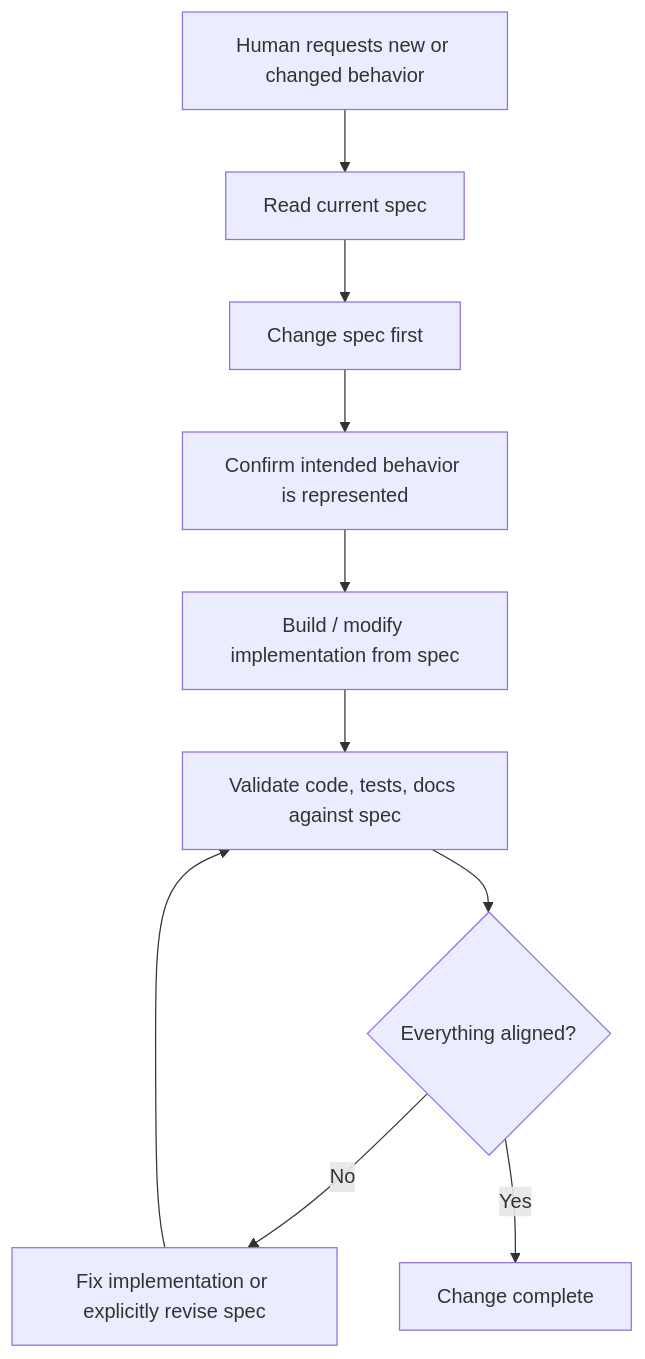
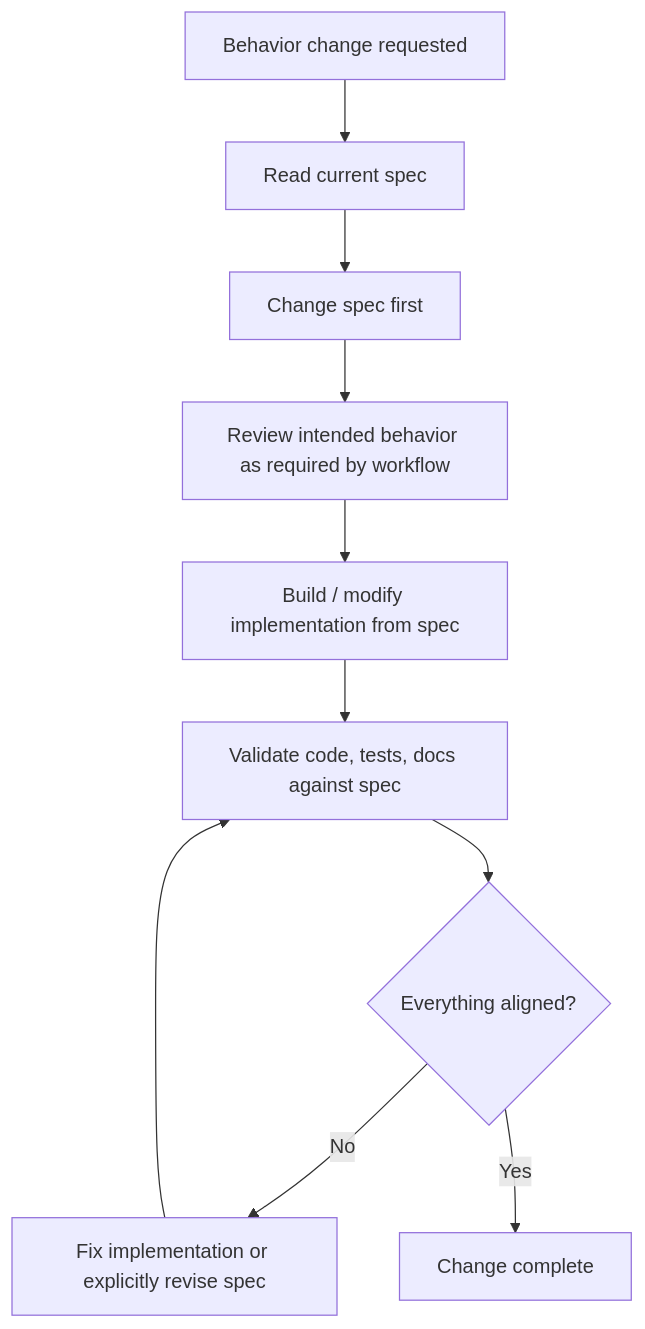
One commit to starodubtsevconsulting/ai-commands changed the first of 4 diagrams in commands/command.spec.md. Above: the diagram before and after it, drawn with Mermaid. The commit also changed other lines of this file, not shown here.

````diff
--- a/commands/command.spec.md
+++ b/commands/command.spec.md
@@ -9,12 +9,12 @@
 ```mermaid
 flowchart TD
-  Request["Human requests new or changed behavior"] --> Read["Read current spec"]
+  Request["Behavior change requested"] --> Read["Read current spec"]
   Read --> Change["Change spec first"]
-  Change --> Review["Confirm intended behavior is represented"]
+  Change --> Review["Review intended behavior as required by workflow"]
   Review --> Implement["Build / modify implementation from spec"]
   Implement --> Validate["Validate code, tests, docs against spec"]
   Validate --> Match{"Everything aligned?"}
   Match -->|No| Fix["Fix implementation or explicitly revise spec"]
   Fix --> Validate
   Match -->|Yes| Done["Change complete"]
 ```
````
